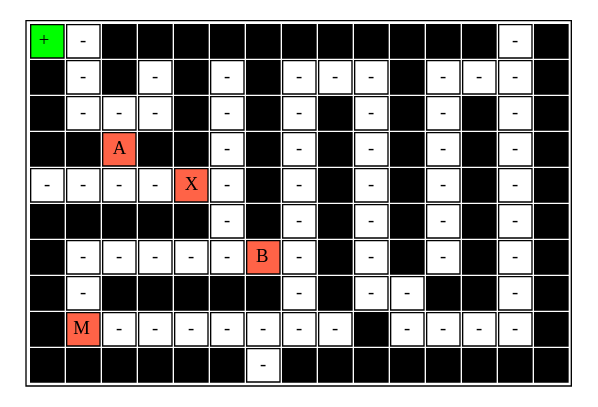
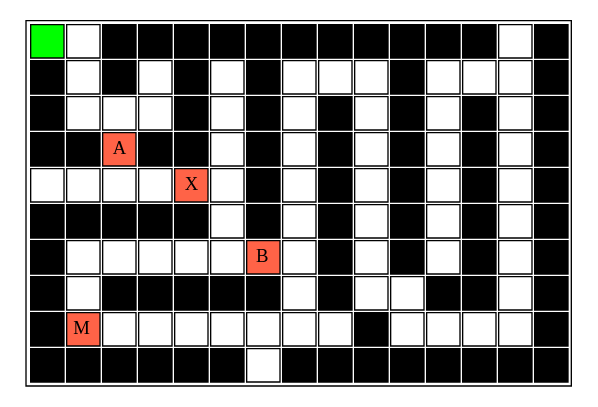
One commit to JorgeP3/Solucion_Laberinto changed the diagram in Proyecto2/MaquetaInicial.dot. Above: the diagram before and after it, drawn with Graphviz. The commit also changed 3 other files, not shown here.

```diff
--- a/Proyecto2/MaquetaInicial.dot
+++ b/Proyecto2/MaquetaInicial.dot
@@ -1,174 +1,174 @@
 graph {
 	node [shape=plaintext]
 	tab [label=<<table><tr>
-<td bgcolor='lime' width='25' height='25'>+</td>
-<td bgcolor='white' width='25' height='25'>-</td>
+<td bgcolor='lime' width='25' height='25'><font color='lime'>+</font></td>
+<td bgcolor='white' width='25' height='25'><font color='white'>-</font></td>
 <td bgcolor='black' width='25' height='25'>*</td>
 <td bgcolor='black' width='25' height='25'>*</td>
 <td bgcolor='black' width='25' height='25'>*</td>
 <td bgcolor='black' width='25' height='25'>*</td>
 <td bgcolor='black' width='25' height='25'>*</td>
 <td bgcolor='black' width='25' height='25'>*</td>
 <td bgcolor='black' width='25' height='25'>*</td>
 <td bgcolor='black' width='25' height='25'>*</td>
 <td bgcolor='black' width='25' height='25'>*</td>
 <td bgcolor='black' width='25' height='25'>*</td>
 <td bgcolor='black' width='25' height='25'>*</td>
-<td bgcolor='white' width='25' height='25'>-</td>
+<td bgcolor='white' width='25' height='25'><font color='white'>-</font></td>
 <td bgcolor='black' width='25' height='25'>*</td>
 </tr>
 <tr>
 <td bgcolor='black' width='25' height='25'>*</td>
-<td bgcolor='white' width='25' height='25'>-</td>
+<td bgcolor='white' width='25' height='25'><font color='white'>-</font></td>
 <td bgcolor='black' width='25' height='25'>*</td>
-<td bgcolor='white' width='25' height='25'>-</td>
+<td bgcolor='white' width='25' height='25'><font color='white'>-</font></td>
 <td bgcolor='black' width='25' height='25'>*</td>
-<td bgcolor='white' width='25' height='25'>-</td>
+<td bgcolor='white' width='25' height='25'><font color='white'>-</font></td>
 <td bgcolor='black' width='25' height='25'>*</td>
-<td bgcolor='white' width='25' height='25'>-</td>
-<td bgcolor='white' width='25' height='25'>-</td>
-<td bgcolor='white' width='25' height='25'>-</td>
+<td bgcolor='white' width='25' height='25'><font color='white'>-</font></td>
+<td bgcolor='white' width='25' height='25'><font color='white'>-</font></td>
+<td bgcolor='white' width='25' height='25'><font color='white'>-</font></td>
 <td bgcolor='black' width='25' height='25'>*</td>
-<td bgcolor='white' width='25' height='25'>-</td>
-<td bgcolor='white' width='25' height='25'>-</td>
-<td bgcolor='white' width='25' height='25'>-</td>
+<td bgcolor='white' width='25' height='25'><font color='white'>-</font></td>
+<td bgcolor='white' width='25' height='25'><font color='white'>-</font></td>
+<td bgcolor='white' width='25' height='25'><font color='white'>-</font></td>
 <td bgcolor='black' width='25' height='25'>*</td>
 </tr>
 <tr>
 <td bgcolor='black' width='25' height='25'>*</td>
-<td bgcolor='white' width='25' height='25'>-</td>
-<td bgcolor='white' width='25' height='25'>-</td>
-<td bgcolor='white' width='25' height='25'>-</td>
+<td bgcolor='white' width='25' height='25'><font color='white'>-</font></td>
+<td bgcolor='white' width='25' height='25'><font color='white'>-</font></td>
+<td bgcolor='white' width='25' height='25'><font color='white'>-</font></td>
 <td bgcolor='black' width='25' height='25'>*</td>
-<td bgcolor='white' width='25' height='25'>-</td>
+<td bgcolor='white' width='25' height='25'><font color='white'>-</font></td>
 <td bgcolor='black' width='25' height='25'>*</td>
-<td bgcolor='white' width='25' height='25'>-</td>
+<td bgcolor='white' width='25' height='25'><font color='white'>-</font></td>
 <td bgcolor='black' width='25' height='25'>*</td>
-<td bgcolor='white' width='25' height='25'>-</td>
+<td bgcolor='white' width='25' height='25'><font color='white'>-</font></td>
 <td bgcolor='black' width='25' height='25'>*</td>
-<td bgcolor='white' width='25' height='25'>-</td>
+<td bgcolor='white' width='25' height='25'><font color='white'>-</font></td>
 <td bgcolor='black' width='25' height='25'>*</td>
-<td bgcolor='white' width='25' height='25'>-</td>
+<td bgcolor='white' width='25' height='25'><font color='white'>-</font></td>
 <td bgcolor='black' width='25' height='25'>*</td>
 </tr>
 <tr>
 <td bgcolor='black' width='25' height='25'>*</td>
 <td bgcolor='black' width='25' height='25'>*</td>
 <td bgcolor='tomato' width='25' height='25'>A</td>
 <td bgcolor='black' width='25' height='25'>*</td>
 <td bgcolor='black' width='25' height='25'>*</td>
-<td bgcolor='white' width='25' height='25'>-</td>
+<td bgcolor='white' width='25' height='25'><font color='white'>-</font></td>
 <td bgcolor='black' width='25' height='25'>*</td>
-<td bgcolor='white' width='25' height='25'>-</td>
+<td bgcolor='white' width='25' height='25'><font color='white'>-</font></td>
 <td bgcolor='black' width='25' height='25'>*</td>
-<td bgcolor='white' width='25' height='25'>-</td>
+<td bgcolor='white' width='25' height='25'><font color='white'>-</font></td>
 <td bgcolor='black' width='25' height='25'>*</td>
-<td bgcolor='white' width='25' height='25'>-</td>
+<td bgcolor='white' width='25' height='25'><font color='white'>-</font></td>
 <td bgcolor='black' width='25' height='25'>*</td>
-<td bgcolor='white' width='25' height='25'>-</td>
+<td bgcolor='white' width='25' height='25'><font color='white'>-</font></td>
 <td bgcolor='black' width='25' height='25'>*</td>
 </tr>
 <tr>
-<td bgcolor='white' width='25' height='25'>-</td>
-<td bgcolor='white' width='25' height='25'>-</td>
-<td bgcolor='white' width='25' height='25'>-</td>
-<td bgcolor='white' width='25' height='25'>-</td>
+<td bgcolor='white' width='25' height='25'><font color='white'>-</font></td>
+<td bgcolor='white' width='25' height='25'><font color='white'>-</font></td>
+<td bgcolor='white' width='25' height='25'><font color='white'>-</font></td>
+<td bgcolor='white' width='25' height='25'><font color='white'>-</font></td>
 <td bgcolor='tomato' width='25' height='25'>X</td>
-<td bgcolor='white' width='25' height='25'>-</td>
+<td bgcolor='white' width='25' height='25'><font color='white'>-</font></td>
 <td bgcolor='black' width='25' height='25'>*</td>
-<td bgcolor='white' width='25' height='25'>-</td>
+<td bgcolor='white' width='25' height='25'><font color='white'>-</font></td>
 <td bgcolor='black' width='25' height='25'>*</td>
-<td bgcolor='white' width='25' height='25'>-</td>
+<td bgcolor='white' width='25' height='25'><font color='white'>-</font></td>
 <td bgcolor='black' width='25' height='25'>*</td>
-<td bgcolor='white' width='25' height='25'>-</td>
+<td bgcolor='white' width='25' height='25'><font color='white'>-</font></td>
 <td bgcolor='black' width='25' height='25'>*</td>
-<td bgcolor='white' width='25' height='25'>-</td>
+<td bgcolor='white' width='25' height='25'><font color='white'>-</font></td>
 <td bgcolor='black' width='25' height='25'>*</td>
 </tr>
 <tr>
 <td bgcolor='black' width='25' height='25'>*</td>
 <td bgcolor='black' width='25' height='25'>*</td>
 <td bgcolor='black' width='25' height='25'>*</td>
 <td bgcolor='black' width='25' height='25'>*</td>
 <td bgcolor='black' width='25' height='25'>*</td>
-<td bgcolor='white' width='25' height='25'>-</td>
+<td bgcolor='white' width='25' height='25'><font color='white'>-</font></td>
 <td bgcolor='black' width='25' height='25'>*</td>
-<td bgcolor='white' width='25' height='25'>-</td>
+<td bgcolor='white' width='25' height='25'><font color='white'>-</font></td>
 <td bgcolor='black' width='25' height='25'>*</td>
-<td bgcolor='white' width='25' height='25'>-</td>
+<td bgcolor='white' width='25' height='25'><font color='white'>-</font></td>
 <td bgcolor='black' width='25' height='25'>*</td>
-<td bgcolor='white' width='25' height='25'>-</td>
+<td bgcolor='white' width='25' height='25'><font color='white'>-</font></td>
 <td bgcolor='black' width='25' height='25'>*</td>
-<td bgcolor='white' width='25' height='25'>-</td>
+<td bgcolor='white' width='25' height='25'><font color='white'>-</font></td>
 <td bgcolor='black' width='25' height='25'>*</td>
 </tr>
 <tr>
 <td bgcolor='black' width='25' height='25'>*</td>
-<td bgcolor='white' width='25' height='25'>-</td>
-<td bgcolor='white' width='25' height='25'>-</td>
-<td bgcolor='white' width='25' height='25'>-</td>
-<td bgcolor='white' width='25' height='25'>-</td>
-<td bgcolor='white' width='25' height='25'>-</td>
+<td bgcolor='white' width='25' height='25'><font color='white'>-</font></td>
+<td bgcolor='white' width='25' height='25'><font color='white'>-</font></td>
+<td bgcolor='white' width='25' height='25'><font color='white'>-</font></td>
+<td bgcolor='white' width='25' height='25'><font color='white'>-</font></td>
+<td bgcolor='white' width='25' height='25'><font color='white'>-</font></td>
 <td bgcolor='tomato' width='25' height='25'>B</td>
-<td bgcolor='white' width='25' height='25'>-</td>
+<td bgcolor='white' width='25' height='25'><font color='white'>-</font></td>
 <td bgcolor='black' width='25' height='25'>*</td>
-<td bgcolor='white' width='25' height='25'>-</td>
+<td bgcolor='white' width='25' height='25'><font color='white'>-</font></td>
 <td bgcolor='black' width='25' height='25'>*</td>
-<td bgcolor='white' width='25' height='25'>-</td>
+<td bgcolor='white' width='25' height='25'><font color='white'>-</font></td>
 <td bgcolor='black' width='25' height='25'>*</td>
-<td bgcolor='white' width='25' height='25'>-</td>
+<td bgcolor='white' width='25' height='25'><font color='white'>-</font></td>
 <td bgcolor='black' width='25' height='25'>*</td>
 </tr>
 <tr>
 <td bgcolor='black' width='25' height='25'>*</td>
-<td bgcolor='white' width='25' height='25'>-</td>
+<td bgcolor='white' width='25' height='25'><font color='white'>-</font></td>
 <td bgcolor='black' width='25' height='25'>*</td>
 <td bgcolor='black' width='25' height='25'>*</td>
 <td bgcolor='black' width='25' height='25'>*</td>
 <td bgcolor='black' width='25' height='25'>*</td>
 <td bgcolor='black' width='25' height='25'>*</td>
-<td bgcolor='white' width='25' height='25'>-</td>
+<td bgcolor='white' width='25' height='25'><font color='white'>-</font></td>
 <td bgcolor='black' width='25' height='25'>*</td>
-<td bgcolor='white' width='25' height='25'>-</td>
-<td bgcolor='white' width='25' height='25'>-</td>
+<td bgcolor='white' width='25' height='25'><font color='white'>-</font></td>
+<td bgcolor='white' width='25' height='25'><font color='white'>-</font></td>
 <td bgcolor='black' width='25' height='25'>*</td>
 <td bgcolor='black' width='25' height='25'>*</td>
-<td bgcolor='white' width='25' height='25'>-</td>
+<td bgcolor='white' width='25' height='25'><font color='white'>-</font></td>
 <td bgcolor='black' width='25' height='25'>*</td>
 </tr>
 <tr>
 <td bgcolor='black' width='25' height='25'>*</td>
 <td bgcolor='tomato' width='25' height='25'>M</td>
-<td bgcolor='white' width='25' height='25'>-</td>
-<td bgcolor='white' width='25' height='25'>-</td>
-<td bgcolor='white' width='25' height='25'>-</td>
-<td bgcolor='white' width='25' height='25'>-</td>
-<td bgcolor='white' width='25' height='25'>-</td>
-<td bgcolor='white' width='25' height='25'>-</td>
-<td bgcolor='white' width='25' height='25'>-</td>
+<td bgcolor='white' width='25' height='25'><font color='white'>-</font></td>
+<td bgcolor='white' width='25' height='25'><font color='white'>-</font></td>
+<td bgcolor='white' width='25' height='25'><font color='white'>-</font></td>
+<td bgcolor='white' width='25' height='25'><font color='white'>-</font></td>
+<td bgcolor='white' width='25' height='25'><font color='white'>-</font></td>
+<td bgcolor='white' width='25' height='25'><font color='white'>-</font></td>
+<td bgcolor='white' width='25' height='25'><font color='white'>-</font></td>
 <td bgcolor='black' width='25' height='25'>*</td>
-<td bgcolor='white' width='25' height='25'>-</td>
-<td bgcolor='white' width='25' height='25'>-</td>
-<td bgcolor='white' width='25' height='25'>-</td>
-<td bgcolor='white' width='25' height='25'>-</td>
+<td bgcolor='white' width='25' height='25'><font color='white'>-</font></td>
+<td bgcolor='white' width='25' height='25'><font color='white'>-</font></td>
+<td bgcolor='white' width='25' height='25'><font color='white'>-</font></td>
+<td bgcolor='white' width='25' height='25'><font color='white'>-</font></td>
 <td bgcolor='black' width='25' height='25'>*</td>
 </tr>
 <tr>
 <td bgcolor='black' width='25' height='25'>*</td>
 <td bgcolor='black' width='25' height='25'>*</td>
 <td bgcolor='black' width='25' height='25'>*</td>
 <td bgcolor='black' width='25' height='25'>*</td>
 <td bgcolor='black' width='25' height='25'>*</td>
 <td bgcolor='black' width='25' height='25'>*</td>
-<td bgcolor='white' width='25' height='25'>-</td>
+<td bgcolor='white' width='25' height='25'><font color='white'>-</font></td>
 <td bgcolor='black' width='25' height='25'>*</td>
 <td bgcolor='black' width='25' height='25'>*</td>
 <td bgcolor='black' width='25' height='25'>*</td>
 <td bgcolor='black' width='25' height='25'>*</td>
 <td bgcolor='black' width='25' height='25'>*</td>
 <td bgcolor='black' width='25' height='25'>*</td>
 <td bgcolor='black' width='25' height='25'>*</td>
 <td bgcolor='black' width='25' height='25'>*</td>
 </tr>
 </table>>]
 }
```
